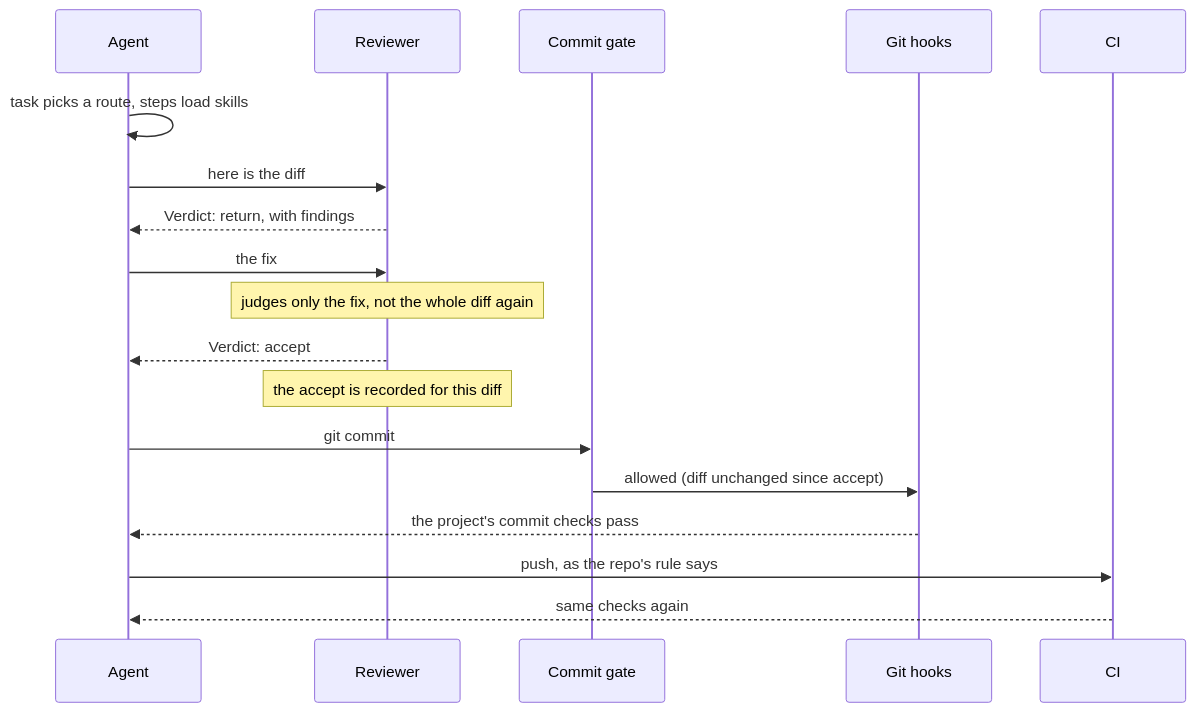
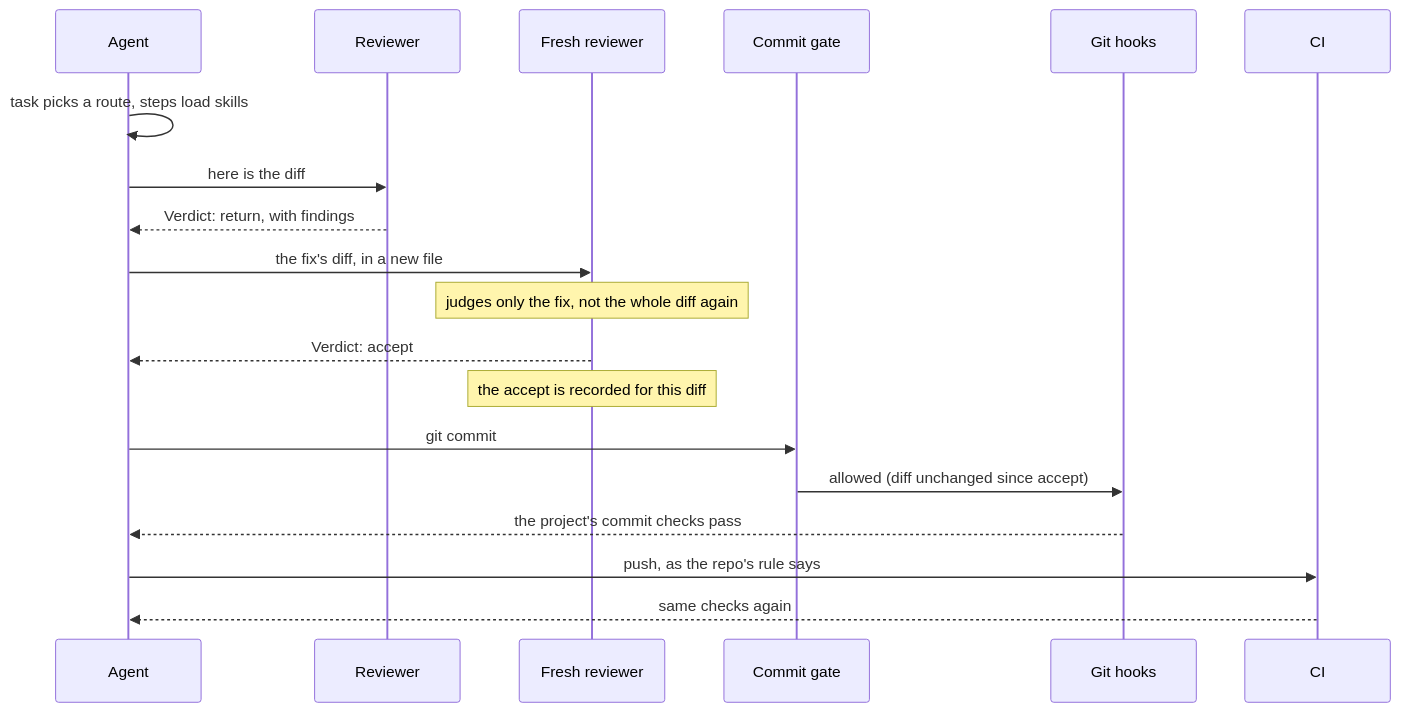
Before and after one commit to cniska/agent-skills: the third of 3 diagrams in docs/plugin.md, drawn with Mermaid. The commit also changed 2 other files, not shown here.

Commit message:
feat(task): re-review by a fresh agent

````diff
--- a/docs/plugin.md
+++ b/docs/plugin.md
@@ -31,20 +31,21 @@
 ```mermaid
 sequenceDiagram
   participant A as Agent
   participant V as Reviewer
+  participant R as Fresh reviewer
   participant P as Commit gate
   participant G as Git hooks
   participant C as CI
   A->>A: task picks a route, steps load skills
   A->>V: here is the diff
   V-->>A: Verdict: return, with findings
-  A->>V: the fix
-  Note over V: judges only the fix, not the whole diff again
-  V-->>A: Verdict: accept
-  Note over V: the accept is recorded for this diff
+  A->>R: the fix's diff, in a new file
+  Note over R: judges only the fix, not the whole diff again
+  R-->>A: Verdict: accept
+  Note over R: the accept is recorded for this diff
   A->>P: git commit
   P->>G: allowed (diff unchanged since accept)
   G-->>A: the project's commit checks pass
   A->>C: push, as the repo's rule says
   C-->>A: same checks again
 ```
````
